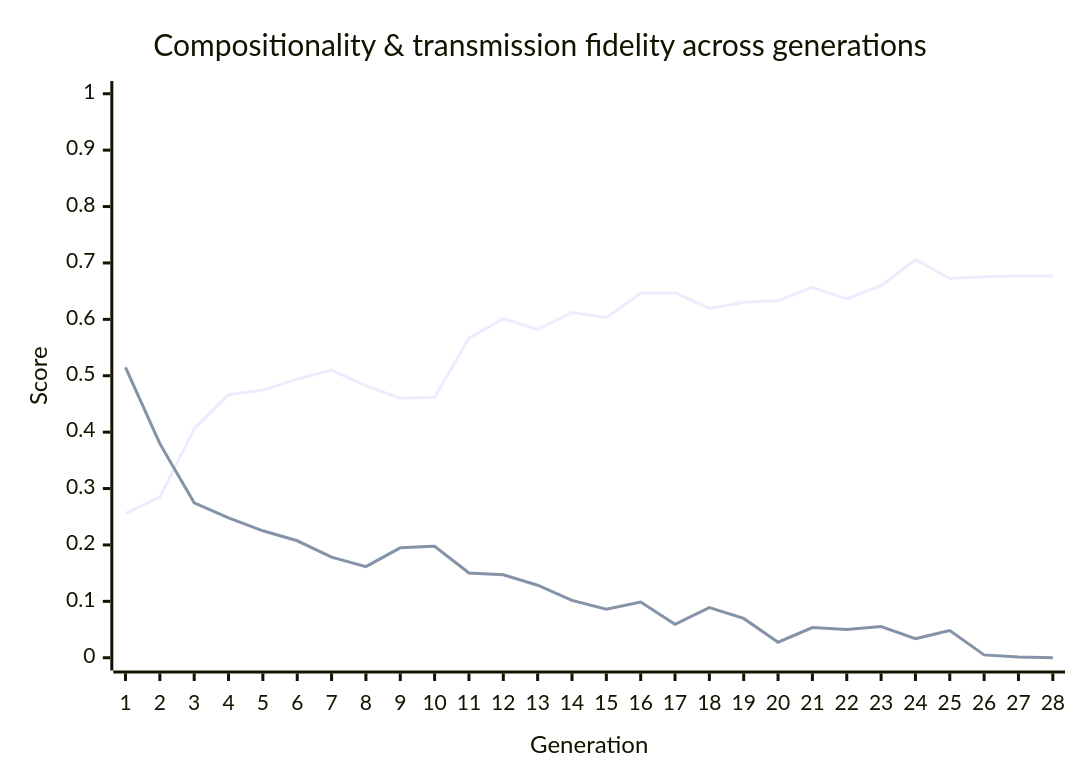
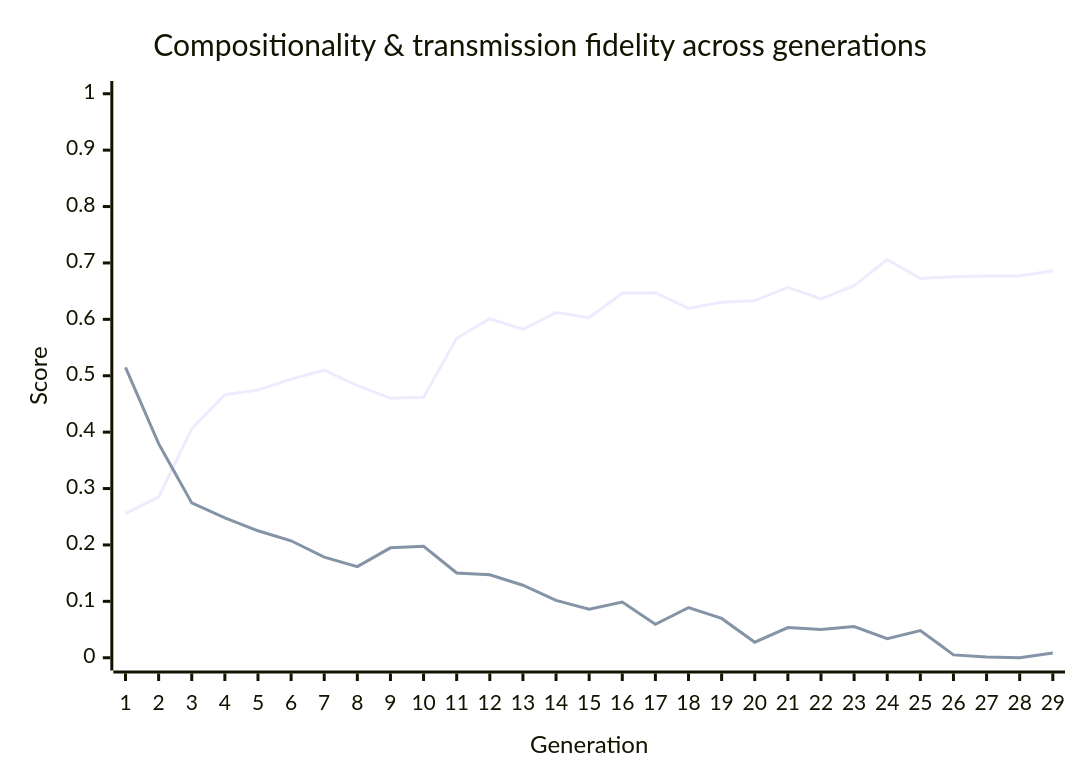
The diagram in metrics/latest-report.md (nichobbs/traditio), drawn with Mermaid before and after one commit. The commit also changed other lines of this file and 1 other file, not shown here.

````diff
--- a/metrics/latest-report.md
+++ b/metrics/latest-report.md
@@ -40,8 +40,8 @@
 ```mermaid
 xychart-beta
     title "Compositionality & transmission fidelity across generations"
-    x-axis "Generation" [1, 2, 3, 4, 5, 6, 7, 8, 9, 10, 11, 12, 13, 14, 15, 16, 17, 18, 19, 20, 21, 22, 23, 24, 25, 26, 27, 28]
+    x-axis "Generation" [1, 2, 3, 4, 5, 6, 7, 8, 9, 10, 11, 12, 13, 14, 15, 16, 17, 18, 19, 20, 21, 22, 23, 24, 25, 26, 27, 28, 29]
     y-axis "Score" 0 --> 1
-    line "Compositionality" [0.2559, 0.2849, 0.4060, 0.4663, 0.4745, 0.4941, 0.5099, 0.4826, 0.4603, 0.4619, 0.5665, 0.6011, 0.5822, 0.6121, 0.6029, 0.6464, 0.6473, 0.6195, 0.6304, 0.6332, 0.6566, 0.6361, 0.6598, 0.7061, 0.6725, 0.6757, 0.6767, 0.6767]
-    line "Transmission Fidelity" [0.5148, 0.3796, 0.2746, 0.2481, 0.2251, 0.2074, 0.1785, 0.1615, 0.1949, 0.1977, 0.1504, 0.1472, 0.1286, 0.1016, 0.0861, 0.0987, 0.0594, 0.0888, 0.0697, 0.0276, 0.0536, 0.0500, 0.0553, 0.0339, 0.0483, 0.0051, 0.0012, 0.0000]
+    line "Compositionality" [0.2559, 0.2849, 0.4060, 0.4663, 0.4745, 0.4941, 0.5099, 0.4826, 0.4603, 0.4619, 0.5665, 0.6011, 0.5822, 0.6121, 0.6029, 0.6464, 0.6473, 0.6195, 0.6304, 0.6332, 0.6566, 0.6361, 0.6598, 0.7061, 0.6725, 0.6757, 0.6767, 0.6767, 0.6863]
+    line "Transmission Fidelity" [0.5148, 0.3796, 0.2746, 0.2481, 0.2251, 0.2074, 0.1785, 0.1615, 0.1949, 0.1977, 0.1504, 0.1472, 0.1286, 0.1016, 0.0861, 0.0987, 0.0594, 0.0888, 0.0697, 0.0276, 0.0536, 0.0500, 0.0553, 0.0339, 0.0483, 0.0051, 0.0012, 0.0000, 0.0083]
 ```
````
